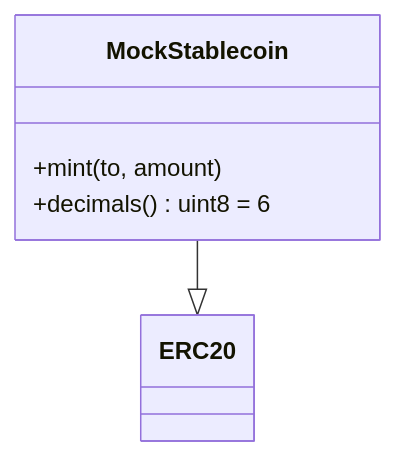
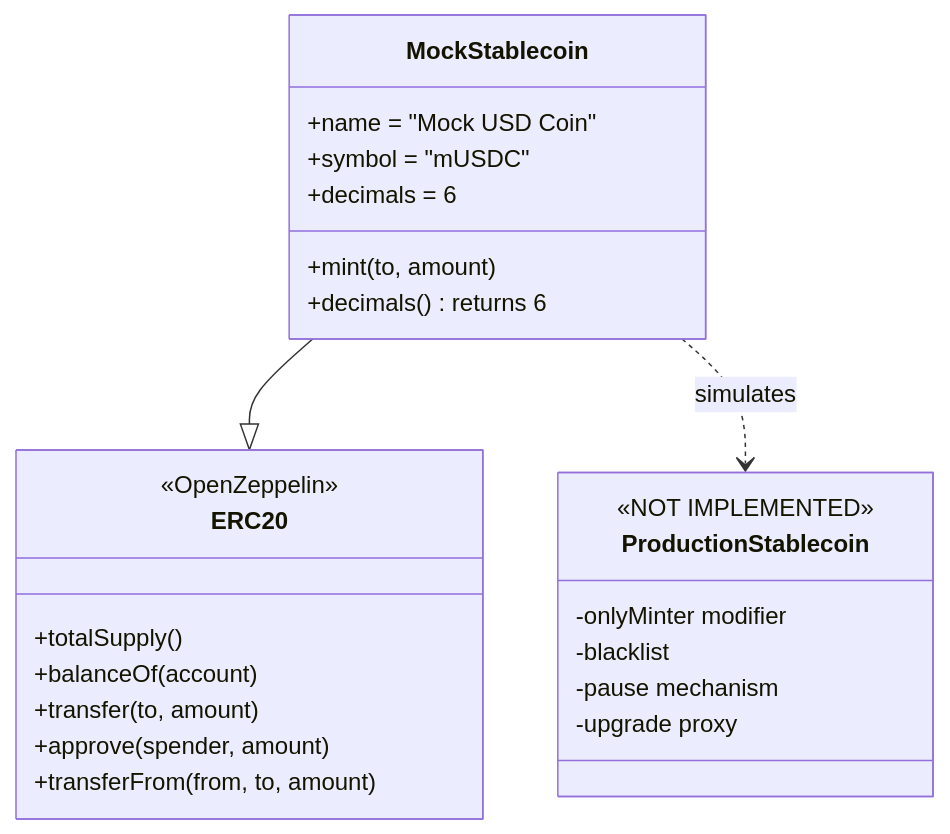
One commit to faas-tech/space-markets changed the second of 3 diagrams in docs/contract-specific/MockStablecoin.md. Above: the diagram before and after it, drawn with Mermaid. The commit also changed other lines of this file and 14 other files, not shown here.

````diff
--- a/docs/contract-specific/MockStablecoin.md
+++ b/docs/contract-specific/MockStablecoin.md
@@ -40,9 +130,31 @@
 ```mermaid
 classDiagram
-  class ERC20
-  class MockStablecoin {
-    +mint(to, amount)
-    +decimals() uint8 = 6
-  }
-  MockStablecoin --|> ERC20
+    class MockStablecoin {
+        +name = "Mock USD Coin"
+        +symbol = "mUSDC"
+        +decimals = 6
+        +mint(to, amount)
+        +decimals() returns 6
+    }
+
+    class ERC20 {
+        <<OpenZeppelin>>
+        +totalSupply()
+        +balanceOf(account)
+        +transfer(to, amount)
+        +approve(spender, amount)
+        +transferFrom(from, to, amount)
+    }
+
+    MockStablecoin --|> ERC20
+
+    class ProductionStablecoin {
+        <<NOT IMPLEMENTED>>
+        -onlyMinter modifier
+        -blacklist
+        -pause mechanism
+        -upgrade proxy
+    }
+
+    MockStablecoin ..> ProductionStablecoin : simulates
 ```
````
